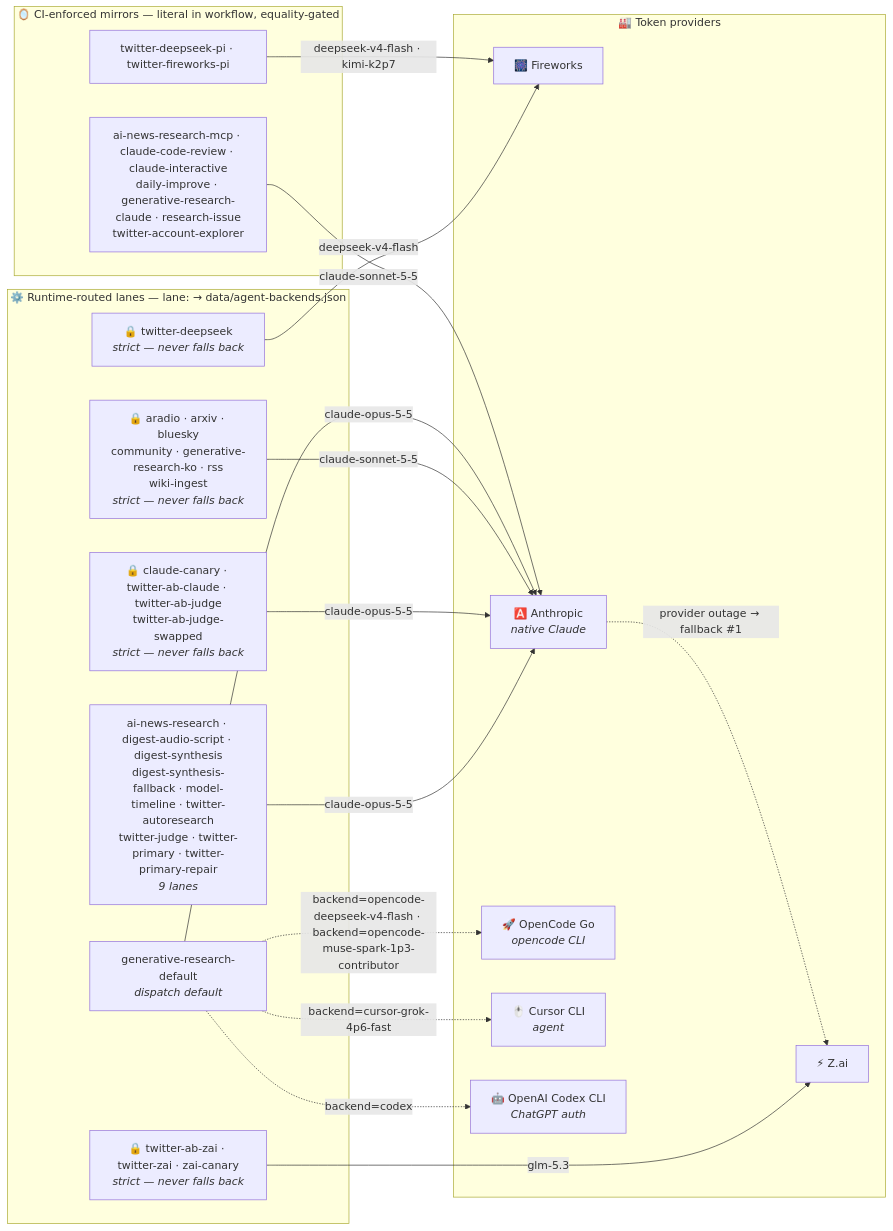
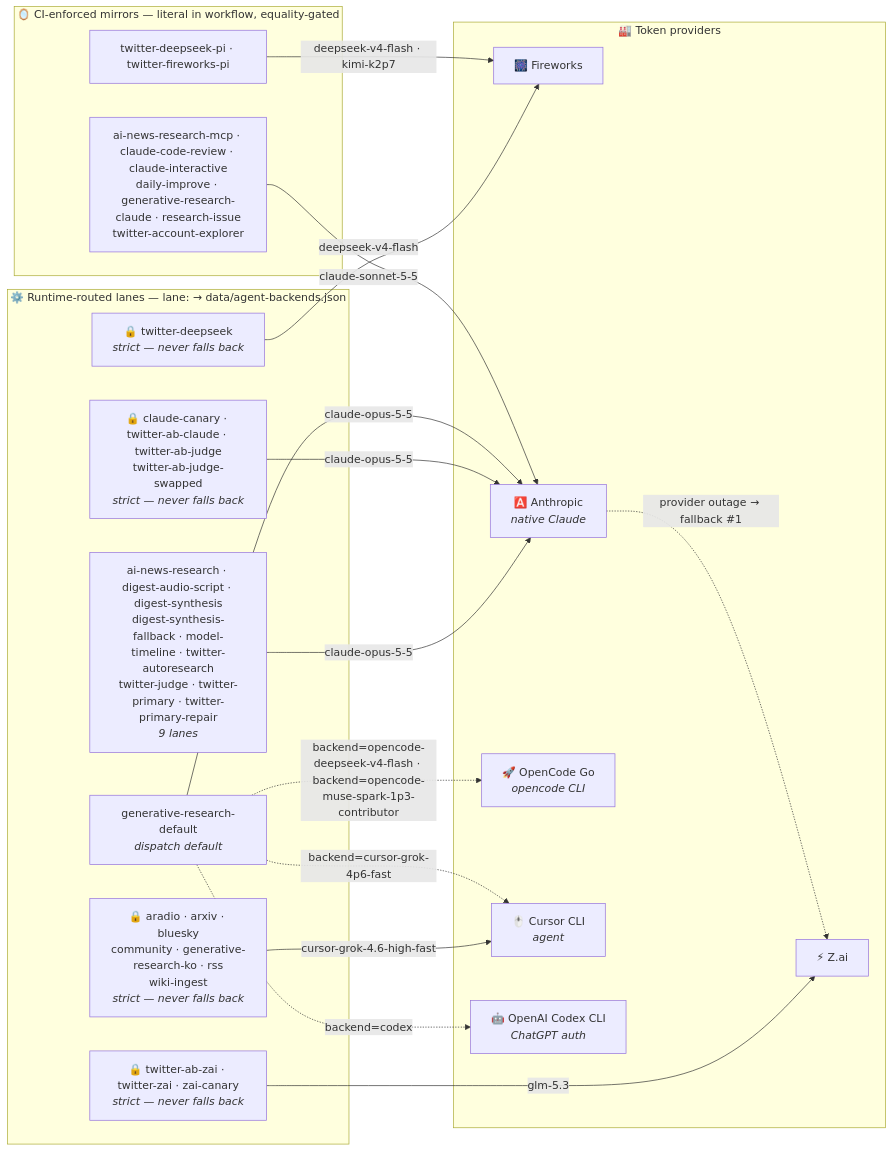
One commit to guzus/ai-research-arm changed the second of 2 diagrams in README.md. Above: the diagram before and after it, drawn with Mermaid. The commit also changed other lines of this file and 7 other files, not shown here.

````diff
--- a/README.md
+++ b/README.md
@@ -155,35 +155,35 @@
 ```mermaid
 flowchart LR
     subgraph runtime["⚙️ Runtime-routed lanes — lane: → data/agent-backends.json"]
         lanes0["ai-news-research · digest-audio-script · digest-synthesis<br/>digest-synthesis-fallback · model-timeline · twitter-autoresearch<br/>twitter-judge · twitter-primary · twitter-primary-repair<br/><i>9 lanes</i>"]
         strict0["🔒 claude-canary · twitter-ab-claude · twitter-ab-judge<br/>twitter-ab-judge-swapped<br/><i>strict — never falls back</i>"]
         strict1["🔒 aradio · arxiv · bluesky<br/>community · generative-research-ko · rss<br/>wiki-ingest<br/><i>strict — never falls back</i>"]
         strict2["🔒 twitter-deepseek<br/><i>strict — never falls back</i>"]
         strict3["🔒 twitter-ab-zai · twitter-zai · zai-canary<br/><i>strict — never falls back</i>"]
         gendef["generative-research-default<br/><i>dispatch default</i>"]
     end
     subgraph mirrors["🪞 CI-enforced mirrors — literal in workflow, equality-gated"]
         pi["twitter-deepseek-pi · twitter-fireworks-pi"]
         native["ai-news-research-mcp · claude-code-review · claude-interactive<br/>daily-improve · generative-research-claude · research-issue<br/>twitter-account-explorer"]
     end
     subgraph providers["🏭 Token providers"]
         FW["🎆 Fireworks"]
         ZAI["⚡ Z.ai"]
         ANT["🅰️ Anthropic<br/><i>native Claude</i>"]
         OC["🚀 OpenCode Go<br/><i>opencode CLI</i>"]
         CUR["🖱️ Cursor CLI<br/><i>agent</i>"]
         OAI["🤖 OpenAI Codex CLI<br/><i>ChatGPT auth</i>"]
     end
     lanes0 -->|"claude-opus-5-5"| ANT
     strict0 -->|"claude-opus-5-5"| ANT
-    strict1 -->|"claude-sonnet-5-5"| ANT
+    strict1 -->|"cursor-grok-4.6-high-fast"| CUR
     strict2 -->|"deepseek-v4-flash"| FW
     strict3 -->|"glm-5.3"| ZAI
     gendef -->|"claude-opus-5-5"| ANT
     pi -->|"deepseek-v4-flash · kimi-k2p7"| FW
     native -->|"claude-sonnet-5-5"| ANT
     gendef -.->|"backend=codex"| OAI
     gendef -.->|"backend=opencode-deepseek-v4-flash · backend=opencode-muse-spark-1p3-contributor"| OC
     gendef -.->|"backend=cursor-grok-4p6-fast"| CUR
     ANT -. "provider outage → fallback #1" .-> ZAI
 ```
````
